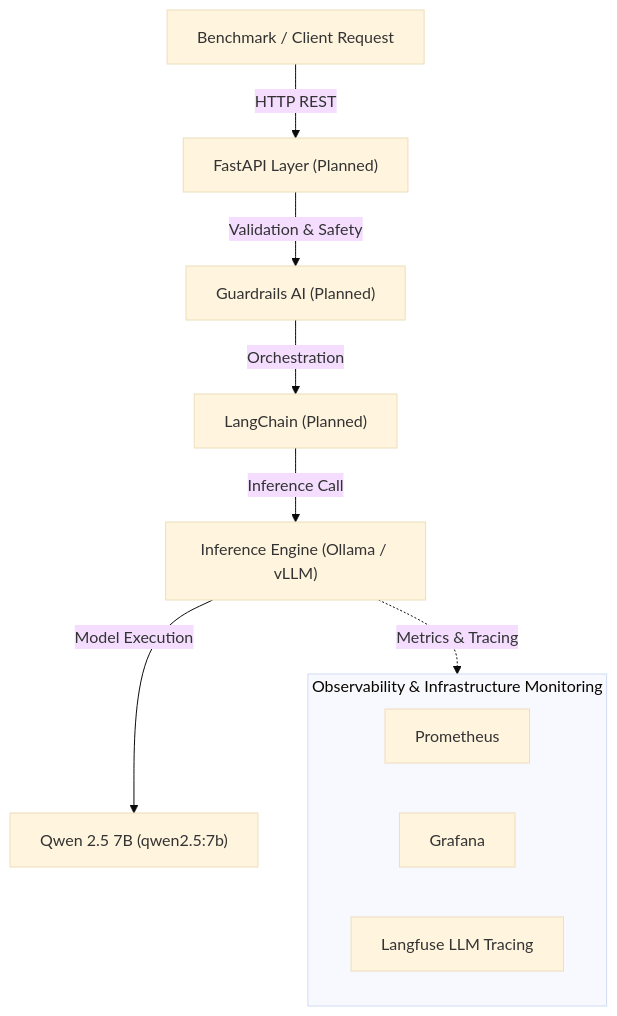
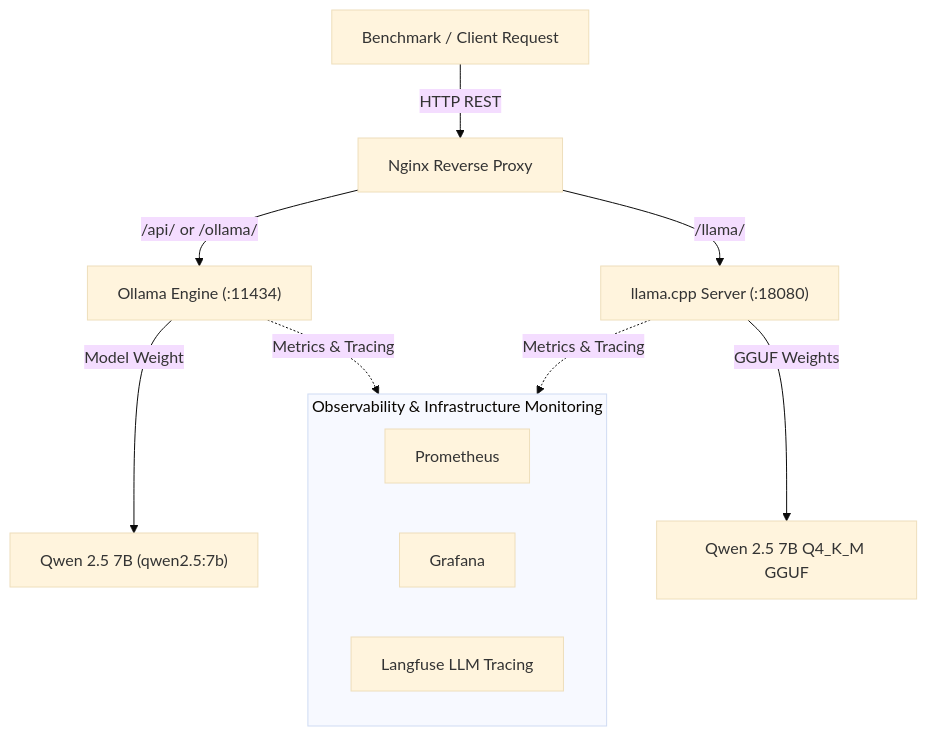
Before and after one commit to AtulRajput01/inferenceops: the diagram in README.md, drawn with Mermaid (base theme). The commit also changed other lines of this file and 3 other files, not shown here.

Commit message:
feat(llamacpp): support llama.cpp endpoints, Nginx routing, benchmark runner schema, and README docs

````diff
--- a/README.md
+++ b/README.md
@@ -27,16 +39,18 @@
 ```mermaid
 flowchart TD
-    Client["Benchmark / Client Request"] -->|HTTP REST| API["FastAPI Layer (Planned)"]
-    API -->|Validation & Safety| Guardrails["Guardrails AI (Planned)"]
-    Guardrails -->|Orchestration| LangChain["LangChain (Planned)"]
-    LangChain -->|Inference Call| Runtime["Inference Engine (Ollama / vLLM)"]
-    Runtime -->|Model Execution| Model["Qwen 2.5 7B (qwen2.5:7b)"]
+    Client["Benchmark / Client Request"] -->|HTTP REST| Nginx["Nginx Reverse Proxy"]
+    Nginx -->|/api/ or /ollama/| Ollama["Ollama Engine (:11434)"]
+    Nginx -->|/llama/| LlamaCPP["llama.cpp Server (:18080)"]
+    
+    Ollama -->|Model Weight| QwenOllama["Qwen 2.5 7B (qwen2.5:7b)"]
+    LlamaCPP -->|GGUF Weights| QwenGGUF["Qwen 2.5 7B Q4_K_M GGUF"]
 
     subgraph Observability ["Observability & Infrastructure Monitoring"]
         Prometheus["Prometheus"]
         Grafana["Grafana"]
         Langfuse["Langfuse LLM Tracing"]
     end
 
-    Runtime -.->|Metrics & Tracing| Observability
+    Ollama -.->|Metrics & Tracing| Observability
+    LlamaCPP -.->|Metrics & Tracing| Observability
 ```
````
